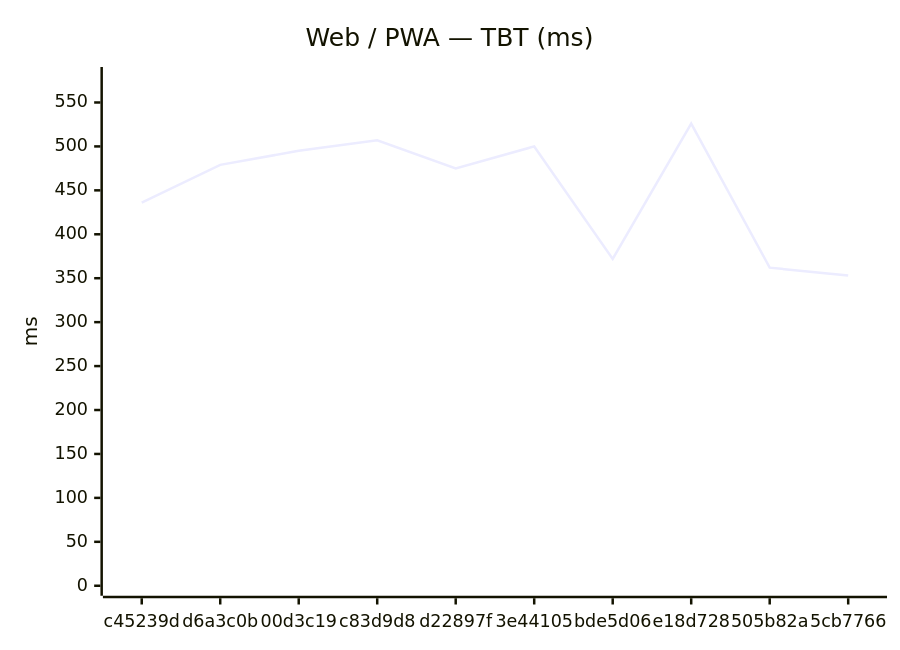
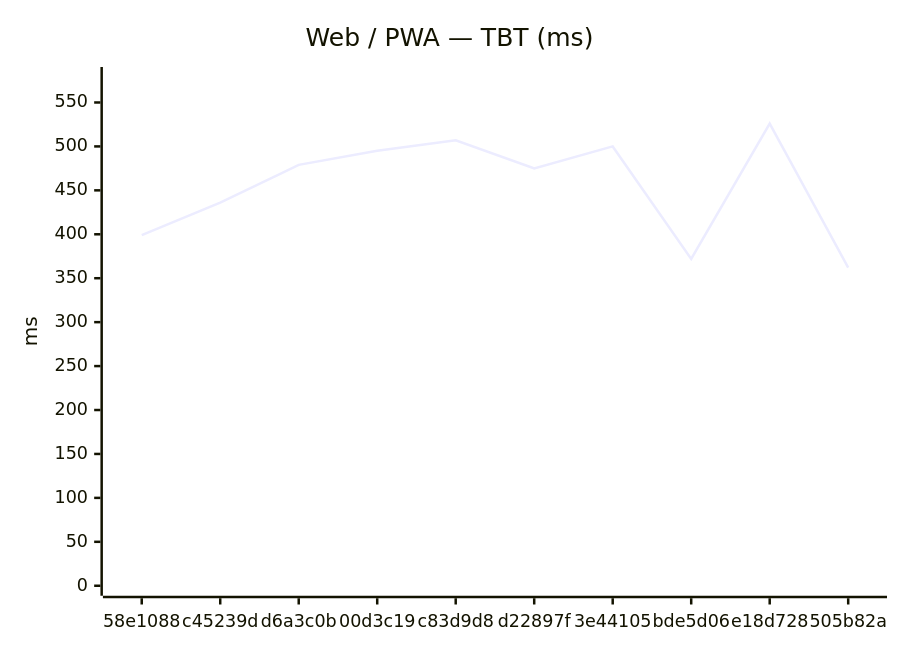
Before and after one commit to Metaheurist/Rianell: the second of 18 diagrams in benchmarks/compare.md, drawn with Mermaid. The commit also changed other lines of this file and 11 other files, not shown here.

````diff
--- a/benchmarks/compare.md
+++ b/benchmarks/compare.md
@@ -31,7 +31,7 @@
 ```mermaid
 xychart-beta
     title "Web / PWA — TBT (ms)"
-    x-axis ["c45239d", "d6a3c0b", "00d3c19", "c83d9d8", "d22897f", "3e44105", "bde5d06", "e18d728", "505b82a", "5cb7766"]
+    x-axis ["58e1088", "c45239d", "d6a3c0b", "00d3c19", "c83d9d8", "d22897f", "3e44105", "bde5d06", "e18d728", "505b82a"]
     y-axis "ms" 0 --> 579
-    line [436, 479, 495, 507, 475, 500, 372, 526, 362, 353]
+    line [399, 436, 479, 495, 507, 475, 500, 372, 526, 362]
 ```
````
